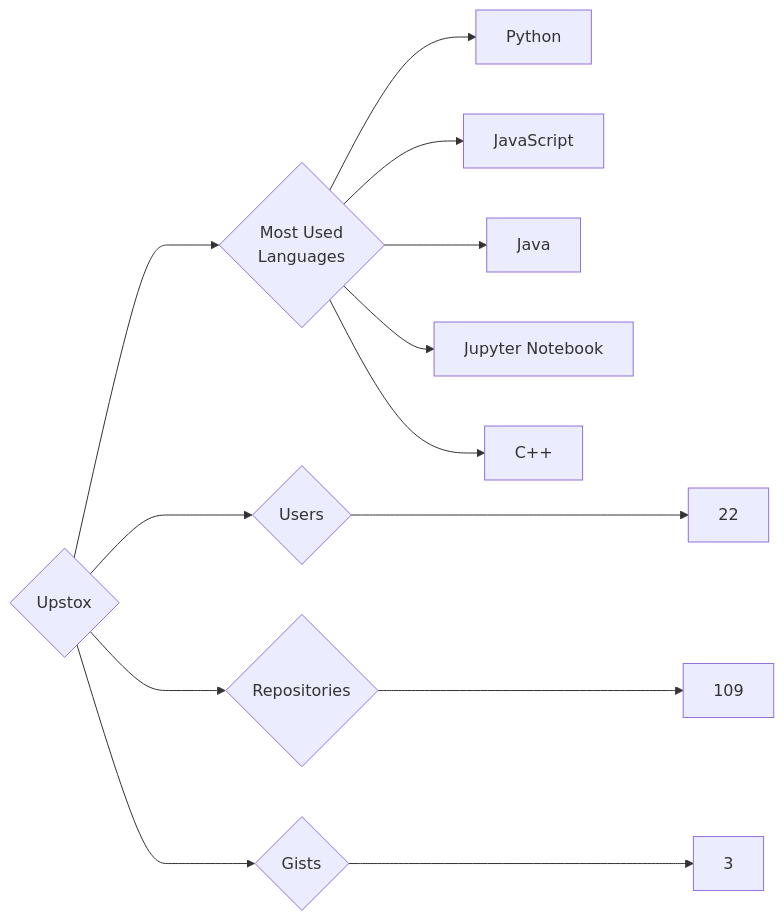
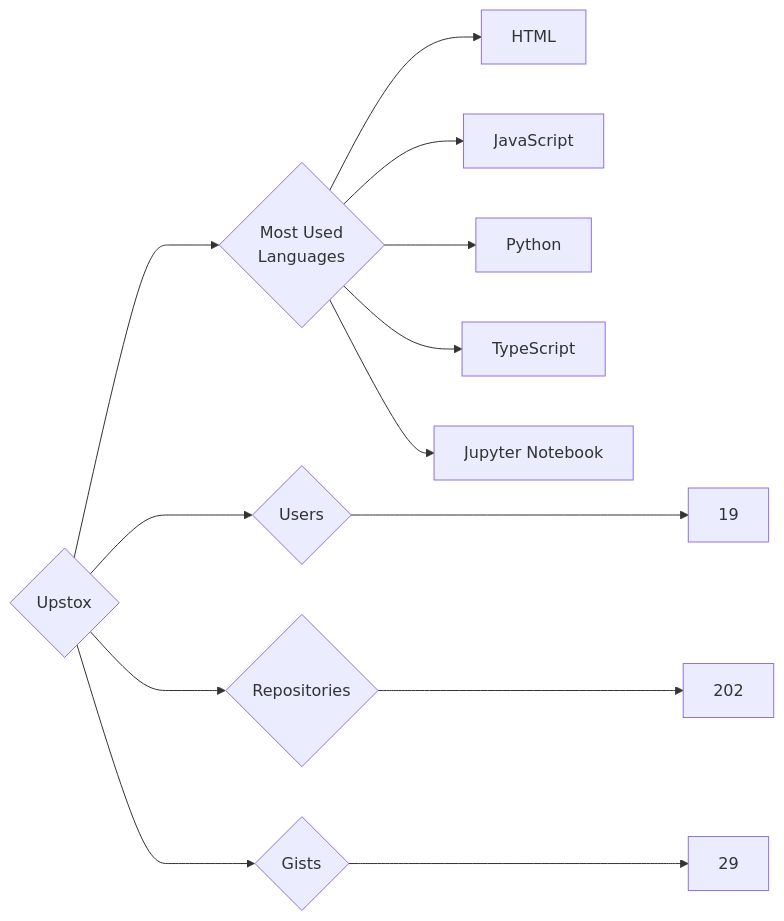
Before and after one commit to trickest/insiders: the diagram in targets/Upstox/README.md, drawn with Mermaid. The commit also changed 851 other files, not shown here.

````diff
--- a/targets/Upstox/README.md
+++ b/targets/Upstox/README.md
@@ -3,13 +3,13 @@
 ```mermaid
 graph LR
 COMPANY_NAME{Upstox}
-COMPANY_NAME ---> U{Users} ---> UN[22]
-COMPANY_NAME ---> R{Repositories} ---> RN[109]
-COMPANY_NAME ---> G{Gists} ---> GN[3]
+COMPANY_NAME ---> U{Users} ---> UN[19]
+COMPANY_NAME ---> R{Repositories} ---> RN[202]
+COMPANY_NAME ---> G{Gists} ---> GN[29]
 COMPANY_NAME ---> ML{Most Used<br>Languages}
+ML --> HTML[HTML]
+ML --> JavaScript[JavaScript]
 ML --> Python[Python]
-ML --> JavaScript[JavaScript]
-ML --> Java[Java]
+ML --> TypeScript[TypeScript]
 ML --> Jupyter_Notebook[Jupyter Notebook]
-ML --> C++[C++]
 ```
````
